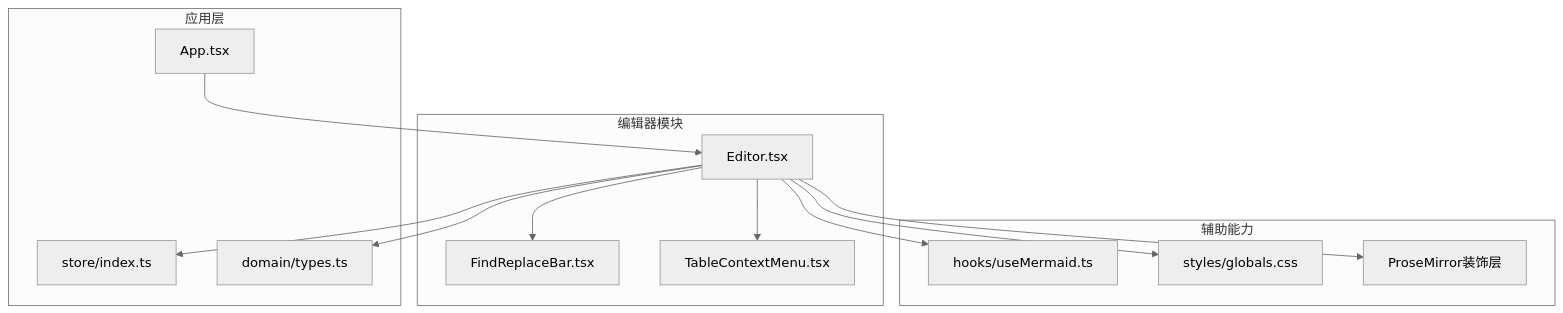
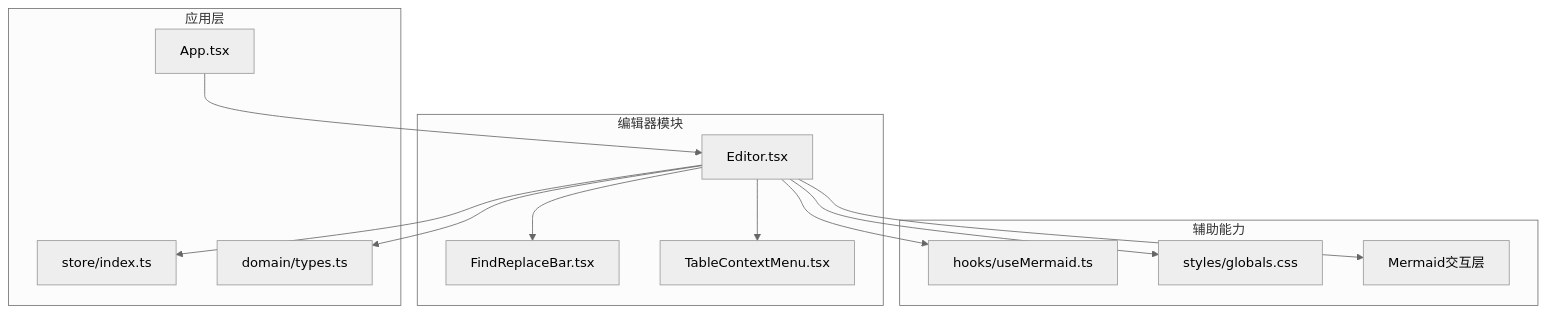
The first of 7 diagrams in .qoder/repowiki/zh/content/核心组件/编辑器组件.md (gongshiyun/ZenNote), drawn with Mermaid (neutral theme) before and after one commit. The commit also changed other lines of this file and 3 other files, not shown here.

````diff
--- a/.qoder/repowiki/zh/content/核心组件/编辑器组件.md
+++ b/.qoder/repowiki/zh/content/核心组件/编辑器组件.md
@@ -52,26 +50,26 @@
 ```mermaid
 graph TB
 subgraph "编辑器模块"
 E["Editor.tsx"]
 FR["FindReplaceBar.tsx"]
 TCM["TableContextMenu.tsx"]
 end
 subgraph "应用层"
 APP["App.tsx"]
 STORE["store/index.ts"]
 TYPES["domain/types.ts"]
 end
 subgraph "辅助能力"
 MERMAID["hooks/useMermaid.ts"]
 CSS["styles/globals.css"]
-PM["ProseMirror装饰层"]
+INTERACTIVE["Mermaid交互层"]
 end
 APP --> E
 E --> FR
 E --> TCM
 E --> STORE
 E --> TYPES
 E --> MERMAID
 E --> CSS
-E --> PM
+E --> INTERACTIVE
 ```
````
